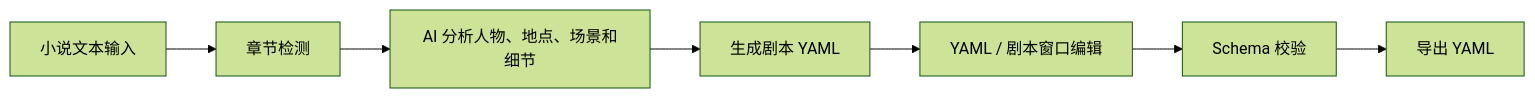
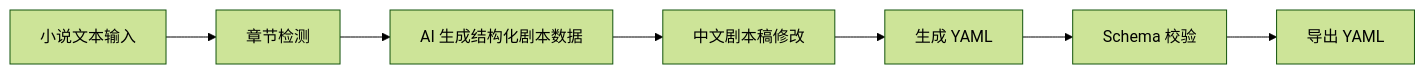
The diagram in README.md (maybebebee/Novel2Script), drawn with Mermaid (forest theme) before and after one commit. The commit also changed other lines of this file and 17 other files, not shown here.

````diff
--- a/README.md
+++ b/README.md
@@ -65,9 +31,9 @@
 ```mermaid
 flowchart LR
   A["小说文本输入"] --> B["章节检测"]
-  B --> C["AI 分析人物、地点、场景和细节"]
-  C --> D["生成剧本 YAML"]
-  D --> E["YAML / 剧本窗口编辑"]
+  B --> C["AI 生成结构化剧本数据"]
+  C --> D["中文剧本稿修改"]
+  D --> E["生成 YAML"]
   E --> F["Schema 校验"]
   F --> G["导出 YAML"]
 ```
````
